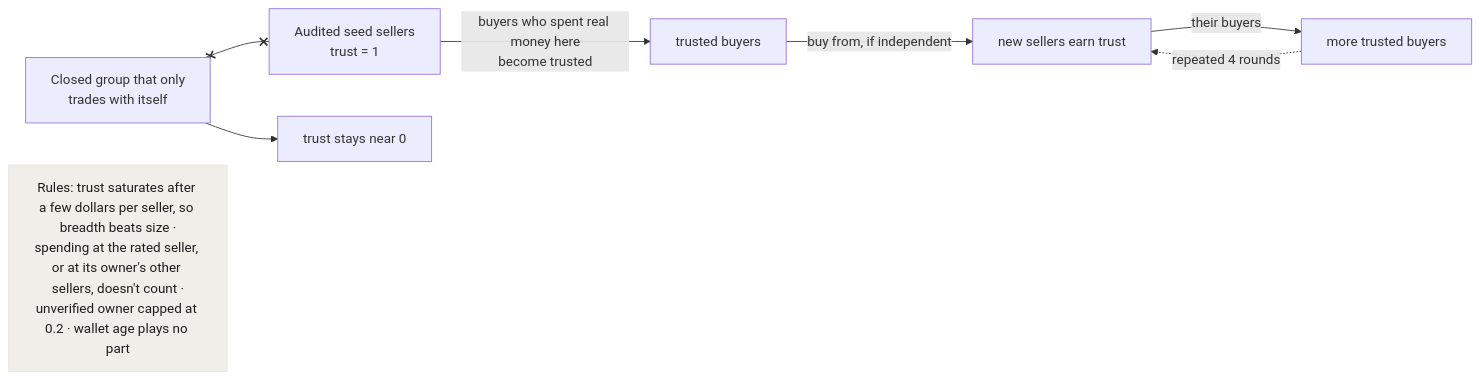
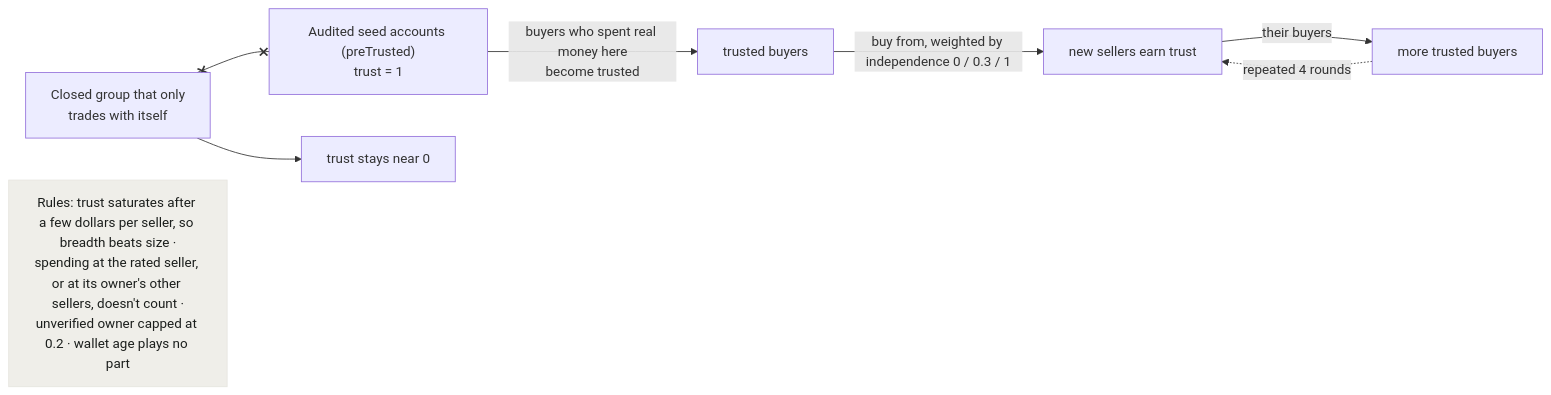
Before and after one commit to franktsai2008-eng/ai-pay-gate: the sixth of 8 diagrams in README.md, drawn with Mermaid. The commit also changed other lines of this file and 2 other files, not shown here.

Commit message:
README diagrams corrected against the code after independent review; weekly score cap rolls forward in the nightly recompute

````diff
--- a/README.md
+++ b/README.md
@@ -176,12 +181,12 @@
 ```mermaid
 flowchart LR
-  SEED["Audited seed sellers<br/>trust = 1"] -- "buyers who spent real money here<br/>become trusted" --> B1["trusted buyers"]
-  B1 -- "buy from, if independent" --> S2["new sellers earn trust"]
+  SEED["Audited seed accounts (preTrusted)<br/>trust = 1"] -- "buyers who spent real money here<br/>become trusted" --> B1["trusted buyers"]
+  B1 -- "buy from, weighted by independence 0 / 0.3 / 1" --> S2["new sellers earn trust"]
   S2 -- "their buyers" --> B2["more trusted buyers"]
   B2 -. "repeated 4 rounds" .-> S2
   CG["Closed group that only<br/>trades with itself"] x--x SEED
   CG --> ZERO["trust stays near 0"]
   R["Rules: trust saturates after a few dollars per seller, so breadth beats size ·<br/>spending at the rated seller, or at its owner's other sellers, doesn't count ·<br/>unverified owner capped at 0.2 · wallet age plays no part"]
   classDef note fill:#efeee9,stroke:#e6e5df,color:#1b1e1c
   class R note
 ```
````
